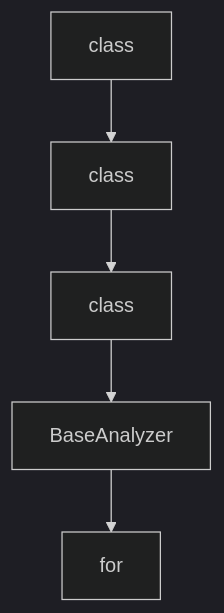
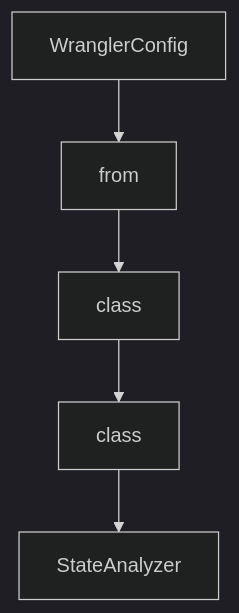
Before and after one commit to johnxie/awesome-code-docs: the second of 2 diagrams in tutorials/vibesdk-tutorial/04-sandbox-and-preview-runtime.md, drawn with Mermaid (dark theme). The commit also changed other lines of this file and 1232 other files, not shown here.

````diff
--- a/tutorials/vibesdk-tutorial/04-sandbox-and-preview-runtime.md
+++ b/tutorials/vibesdk-tutorial/04-sandbox-and-preview-runtime.md
@@ -261,12 +259,12 @@
 ```mermaid
 flowchart TD
-    A[class]
-    B[class]
+    A[WranglerConfig]
+    B[from]
     C[class]
-    D[BaseAnalyzer]
-    E[for]
+    D[class]
+    E[StateAnalyzer]
     A --> B
     B --> C
     C --> D
     D --> E
 ```
````
